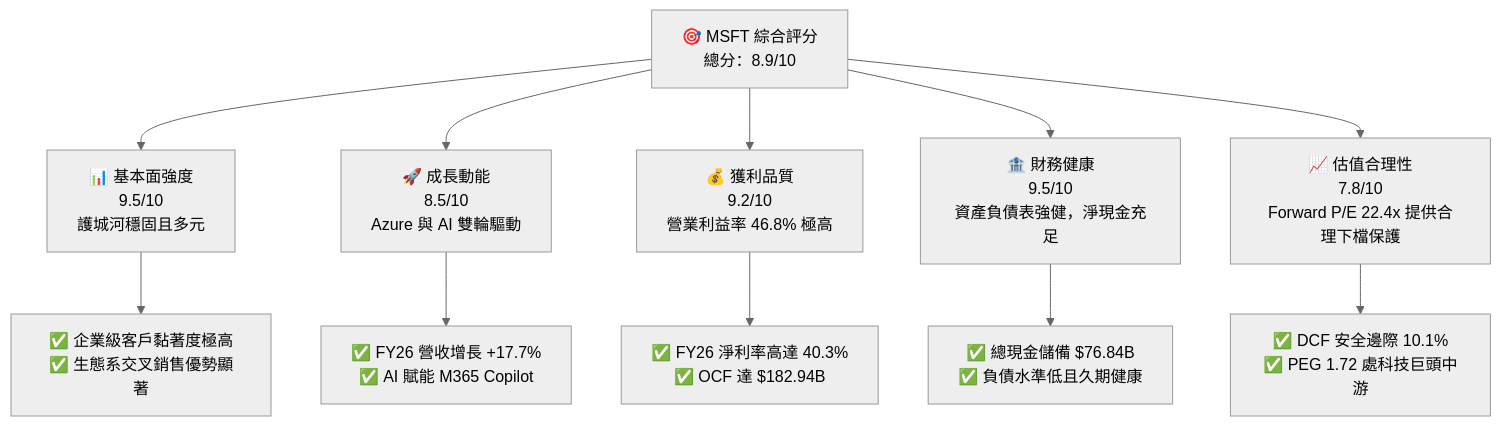
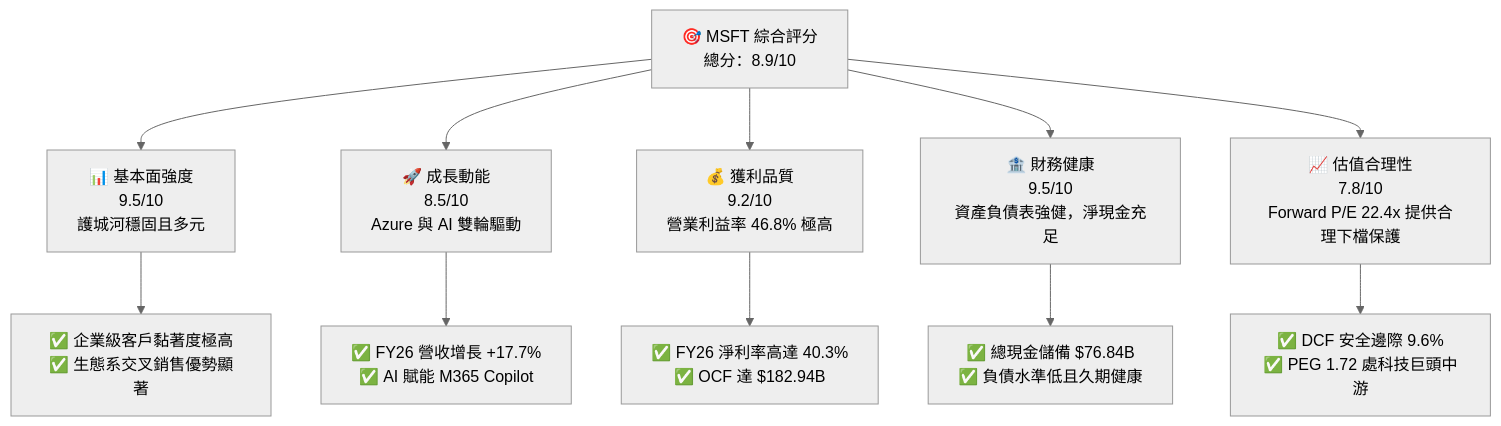
Before and after one commit to yennanliu/finance_data: the first of 15 diagrams in ai_gen_report/fundamental/msft/fundamental_analysis_2026-10-20_gemini.md, drawn with Mermaid (neutral theme). The commit also changed other lines of this file and 339 other files, not shown here.

````diff
--- a/ai_gen_report/fundamental/msft/fundamental_analysis_2026-10-20_gemini.md
+++ b/ai_gen_report/fundamental/msft/fundamental_analysis_2026-10-20_gemini.md
@@ -60,22 +67,22 @@
 ```mermaid
 graph TD
     TICKER["🎯 MSFT 綜合評分<br/>總分：8.9/10"]
 
     F["📊 基本面強度<br/>9.5/10<br/>護城河穩固且多元"]
     G["🚀 成長動能<br/>8.5/10<br/>Azure 與 AI 雙輪驅動"]
     P["💰 獲利品質<br/>9.2/10<br/>營業利益率 46.8% 極高"]
     B["🏦 財務健康<br/>9.5/10<br/>資產負債表強健，淨現金充足"]
     V["📈 估值合理性<br/>7.8/10<br/>Forward P/E 22.4x 提供合理下檔保護"]
 
     TICKER --> F
     TICKER --> G
     TICKER --> P
     TICKER --> B
     TICKER --> V
 
     F --> F1["✅ 企業級客戶黏著度極高<br/>✅ 生態系交叉銷售優勢顯著"]
     G --> G1["✅ FY26 營收增長 +17.7%<br/>✅ AI 賦能 M365 Copilot"]
     P --> P1["✅ FY26 淨利率高達 40.3%<br/>✅ OCF 達 $182.94B"]
     B --> B1["✅ 總現金儲備 $76.84B<br/>✅ 負債水準低且久期健康"]
-    V --> V1["✅ DCF 安全邊際 10.1%<br/>✅ PEG 1.72 處科技巨頭中游"]
+    V --> V1["✅ DCF 安全邊際 9.6%<br/>✅ PEG 1.72 處科技巨頭中游"]
 ```
````
